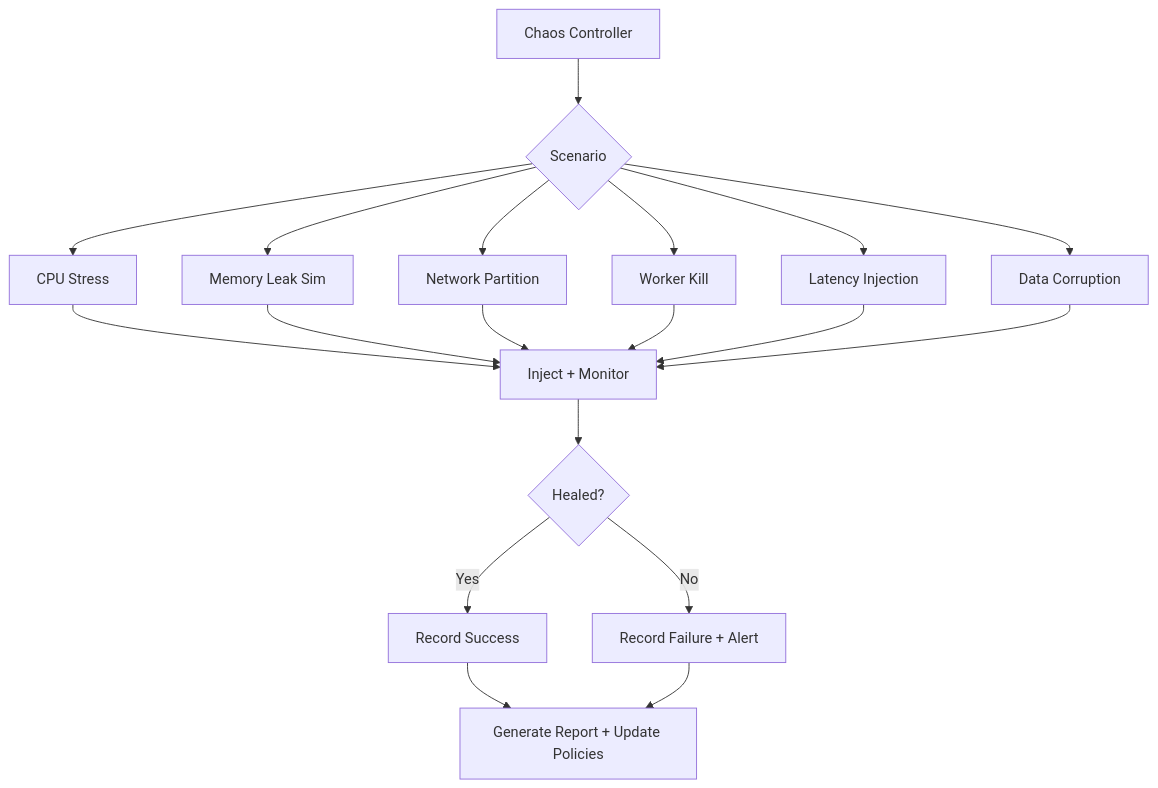
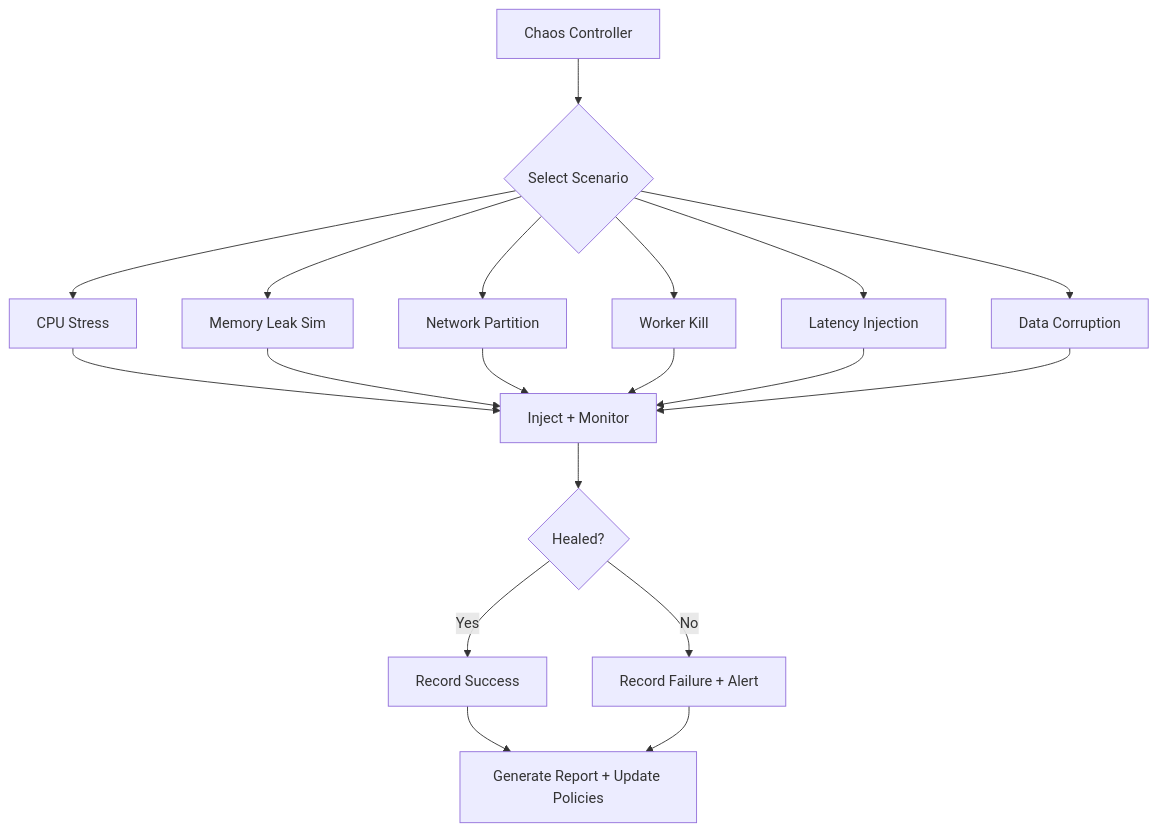
Before and after one commit to rathinadev/Flowstorm: diagram 12 of 22 in backend/docs/ARCHITECTURE.md, drawn with Mermaid. The commit also changed other lines of this file, not shown here.

First line of the commit message:
Update backend ARCHITECTURE.md with additional Mermaid diagrams

````diff
--- a/backend/docs/ARCHITECTURE.md
+++ b/backend/docs/ARCHITECTURE.md
@@ -268,15 +326,15 @@
 ```mermaid
 flowchart TD
-    A[Chaos Controller] --> B{Scenario}
+    A[Chaos Controller] --> B{Select Scenario}
     B --> C1[CPU Stress]
     B --> C2[Memory Leak Sim]
     B --> C3[Network Partition]
     B --> C4[Worker Kill]
     B --> C5[Latency Injection]
     B --> C6[Data Corruption]
     C1 & C2 & C3 & C4 & C5 & C6 --> D[Inject + Monitor]
     D --> E{Healed?}
     E -->|Yes| F[Record Success]
     E -->|No| G[Record Failure + Alert]
     F & G --> H[Generate Report + Update Policies]
 ```
````
